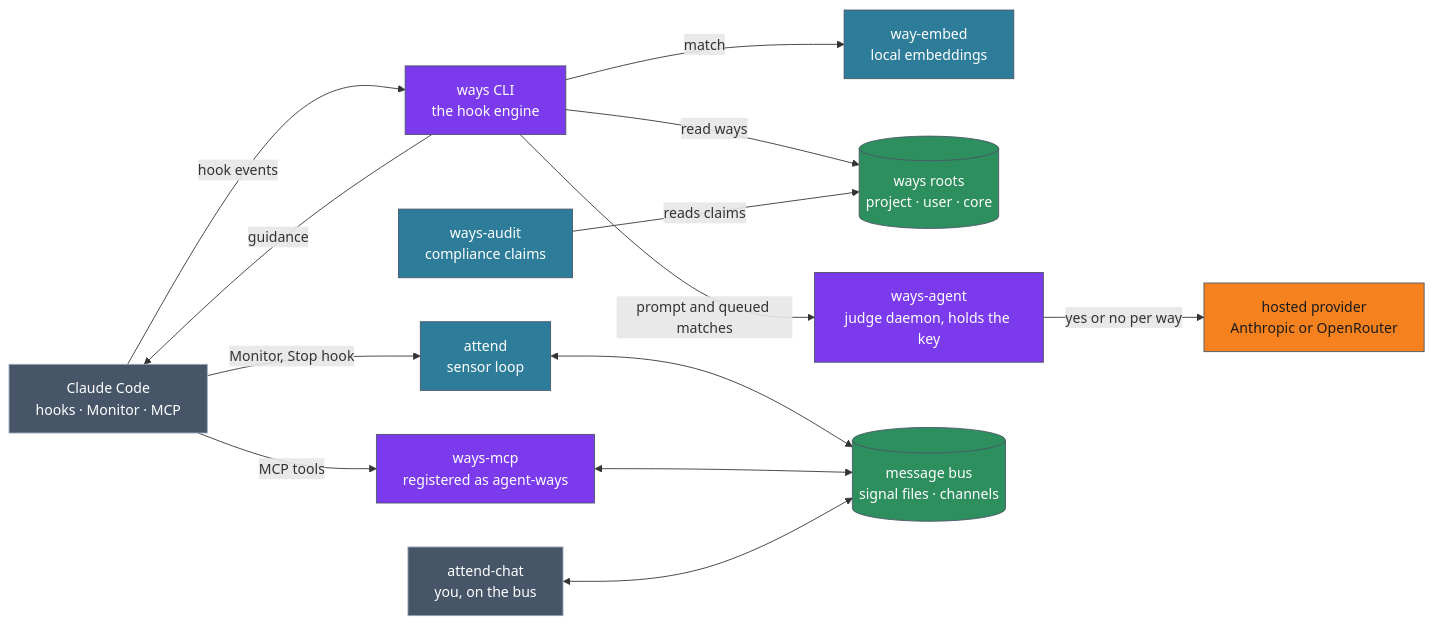
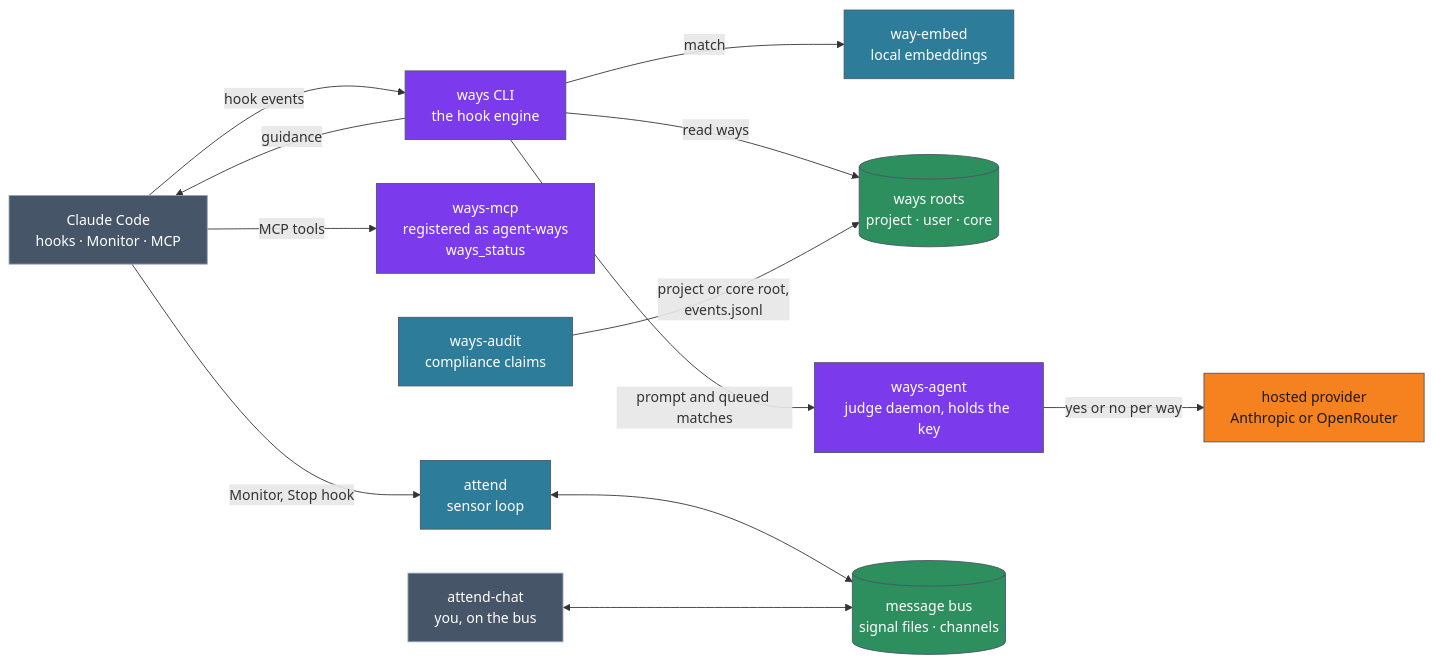
One commit to aaronsb/agent-ways changed the second of 2 diagrams in README.md. Above: the diagram before and after it, drawn with Mermaid. The commit also changed other lines of this file, not shown here.

First line of the commit message:
docs(readme): address review: ways-mcp scope, audit roots, real anchors

````diff
--- a/README.md
+++ b/README.md
@@ -73,33 +73,32 @@
 ```mermaid
 flowchart LR
     classDef outside fill:#475569,stroke:#94a3b8,color:#ffffff
     classDef core fill:#7c3aed,stroke:#4a5568,color:#ffffff
     classDef compute fill:#2d7d9a,stroke:#4a5568,color:#ffffff
     classDef store fill:#2d8e5e,stroke:#4a5568,color:#ffffff
     classDef external fill:#f6821f,stroke:#4a5568,color:#1a1a1a
 
     CC["Claude Code<br>hooks · Monitor · MCP"]:::outside
     W["ways CLI<br>the hook engine"]:::core
     E["way-embed<br>local embeddings"]:::compute
     R[("ways roots<br>project · user · core")]:::store
     A["ways-agent<br>judge daemon, holds the key"]:::core
     P["hosted provider<br>Anthropic or OpenRouter"]:::external
-    M["ways-mcp<br>registered as agent-ways"]:::core
+    M["ways-mcp<br>registered as agent-ways<br>ways_status"]:::core
     AT["attend<br>sensor loop"]:::compute
     B[("message bus<br>signal files · channels")]:::store
     CH["attend-chat<br>you, on the bus"]:::outside
     AU["ways-audit<br>compliance claims"]:::compute
 
     CC -->|hook events| W
     W -->|guidance| CC
     W -->|match| E
     W -->|read ways| R
     W -->|prompt and queued matches| A
     A -->|yes or no per way| P
     CC -->|Monitor, Stop hook| AT
     CC -->|MCP tools| M
     AT <--> B
-    M <--> B
     CH <--> B
-    AU -->|reads claims| R
+    AU -->|"project or core root,<br>events.jsonl"| R
 ```
````
